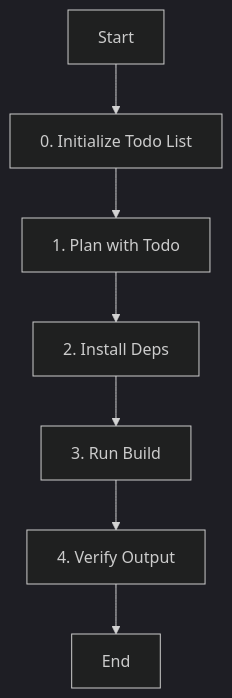
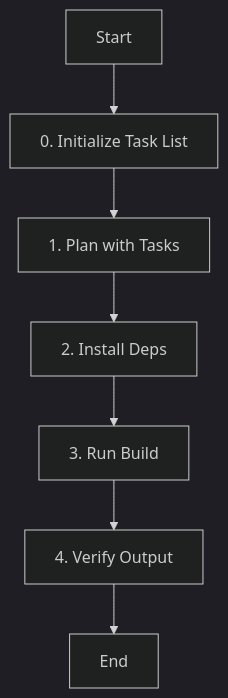
The diagram in opencode/config/agent/build.md (ksm0709/dotfiles), drawn with Mermaid (dark theme) before and after one commit. The commit also changed other lines of this file and 9 other files, not shown here.

````diff
--- a/opencode/config/agent/build.md
+++ b/opencode/config/agent/build.md
@@ -37,9 +34,9 @@
 ```mermaid
 graph TD
-    Start[Start] --> Init[0. Initialize Todo List]
-    Init --> Plan[1. Plan with Todo]
+    Start[Start] --> Init[0. Initialize Task List]
+    Init --> Plan[1. Plan with Tasks]
     Plan --> Install[2. Install Deps]
     Install --> Build[3. Run Build]
     Build --> Verify[4. Verify Output]
     Verify --> End[End]
 ```
````
